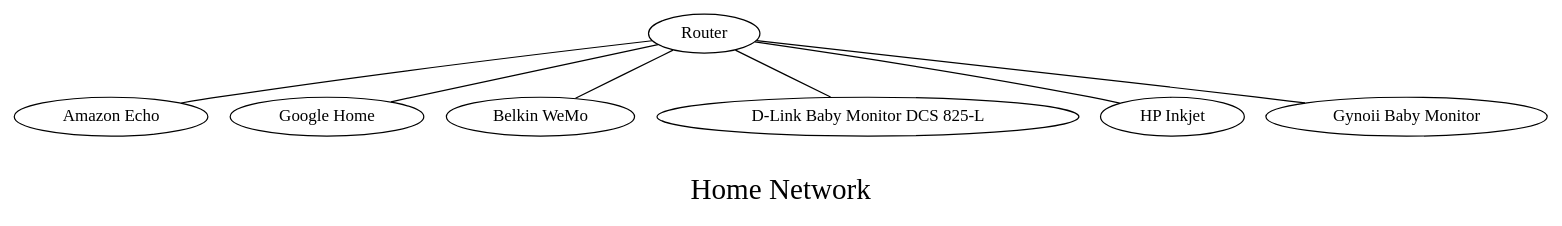
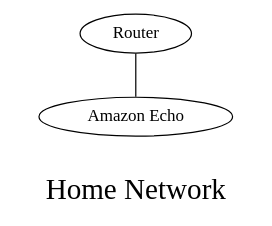
One commit to joshpxyne/iot-sec-attack-circuits changed the diagram in home_network.dot. Above: the diagram before and after it, drawn with Graphviz. The commit also changed 12 other files, not shown here.

Commit message:
add impact, exploitability graphs, max-flow for calculating respective scores

```diff
--- a/home_network.dot
+++ b/home_network.dot
@@ -1,22 +1,12 @@
 /*****
 Home Network
 *****/
 
 graph G {
   graph [splines=true overlap=false]
   node  [shape=ellipse, width=0.3, height=0.3]
   1 [label="Router"];
   2 [label="Amazon Echo"];
-  3 [label="Google Home"];
-  4 [label="Belkin WeMo"];
-  5 [label="D-Link Baby Monitor DCS 825-L"];
-  6 [label="HP Inkjet"];
-  7 [label="Gynoii Baby Monitor"];
   1 -- 2;
-  1 -- 3;
-  1 -- 4;
-  1 -- 5;
-  1 -- 6;
-  1 -- 7;
   label = "\nHome Network\n";  fontsize=24;
 }
```
